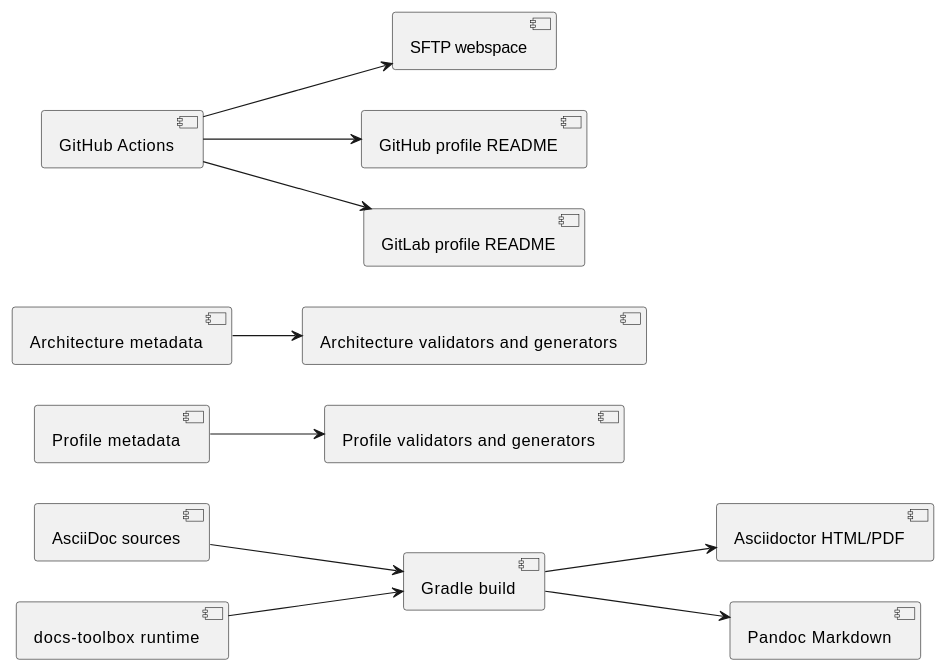
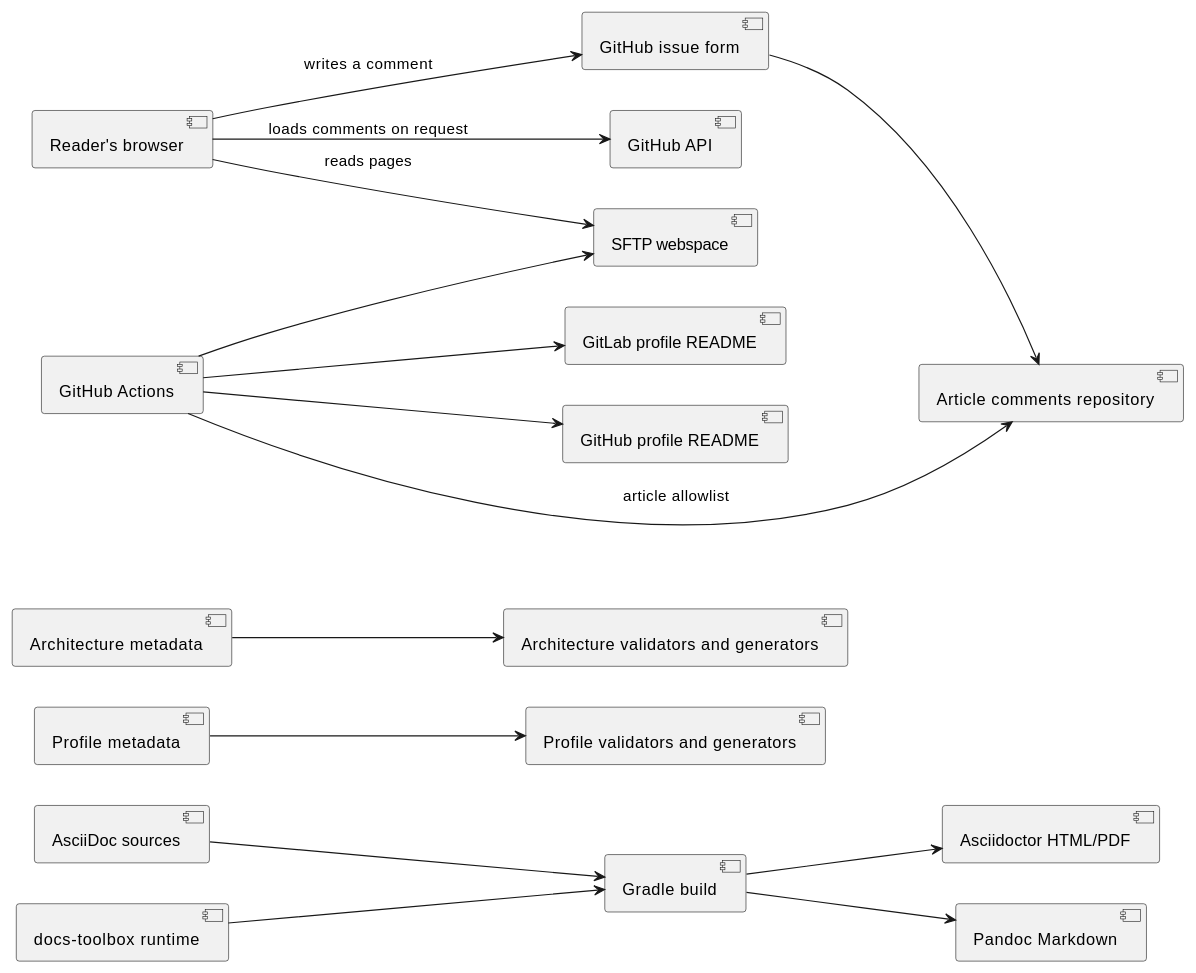
The second of 2 diagrams in src-content/docs/arc42/doc-03000-system-scope-and-context.adoc (dieterbaier/profile), drawn with PlantUML before and after one commit. The commit also changed other lines of this file and 4 other files, not shown here.

First line of the commit message:
issue_124: Document article comments as a feature (#127)

```diff
--- a/src-content/docs/arc42/doc-03000-system-scope-and-context.adoc
+++ b/src-content/docs/arc42/doc-03000-system-scope-and-context.adoc
@@ -38,15 +50,20 @@
 [plantuml]
 ----
 @startuml
 left to right direction
 [AsciiDoc sources] --> [Gradle build]
 [Profile metadata] --> [Profile validators and generators]
 [Architecture metadata] --> [Architecture validators and generators]
 [Gradle build] --> [Asciidoctor HTML/PDF]
 [Gradle build] --> [Pandoc Markdown]
 [docs-toolbox runtime] --> [Gradle build]
 [GitHub Actions] --> [SFTP webspace]
 [GitHub Actions] --> [GitHub profile README]
 [GitHub Actions] --> [GitLab profile README]
+[GitHub Actions] --> [Article comments repository] : article allowlist
+[Reader's browser] --> [SFTP webspace] : reads pages
+[Reader's browser] --> [GitHub API] : loads comments on request
+[Reader's browser] --> [GitHub issue form] : writes a comment
+[GitHub issue form] --> [Article comments repository]
 @enduml
 ----
```
